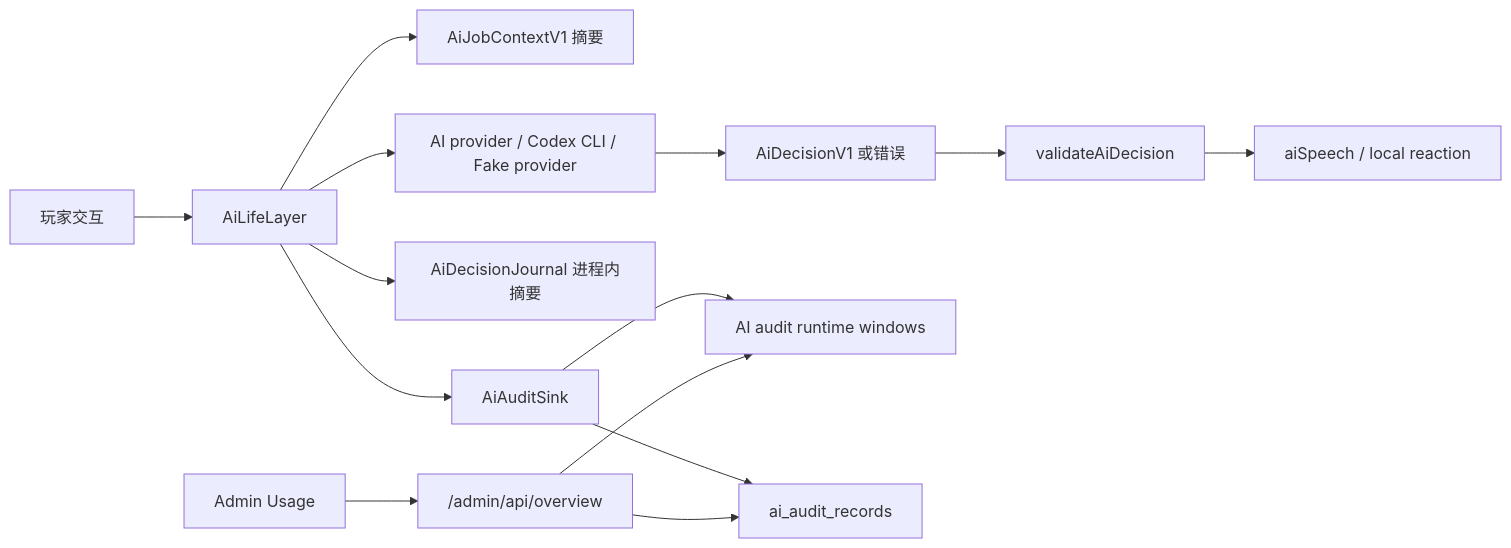
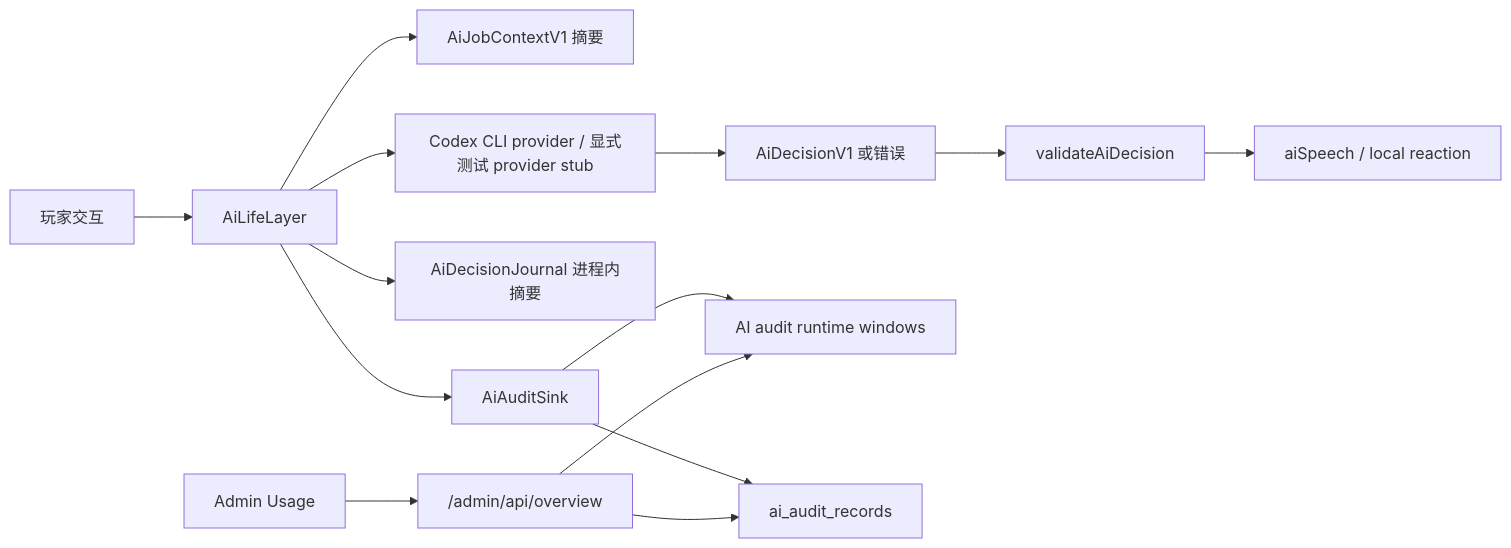
One commit to angelash/world-of-claudecraft changed the diagram in docs/design/ai-audit-center.zh_CN.md. Above: the diagram before and after it, drawn with Mermaid. The commit also changed other lines of this file and 71 other files, not shown here.

First line of the commit message:
fix(ai): require real Codex CLI decisions

````diff
--- a/docs/design/ai-audit-center.zh_CN.md
+++ b/docs/design/ai-audit-center.zh_CN.md
@@ -40,16 +40,16 @@
 ```mermaid
 flowchart LR
   PlayerAction["玩家交互"] --> LifeLayer["AiLifeLayer"]
   LifeLayer --> Context["AiJobContextV1 摘要"]
-  LifeLayer --> Provider["AI provider / Codex CLI / Fake provider"]
+  LifeLayer --> Provider["Codex CLI provider / 显式测试 provider stub"]
   Provider --> Decision["AiDecisionV1 或错误"]
   Decision --> Validator["validateAiDecision"]
   Validator --> Events["aiSpeech / local reaction"]
   LifeLayer --> Journal["AiDecisionJournal 进程内摘要"]
   LifeLayer --> Audit["AiAuditSink"]
   Audit --> Runtime["AI audit runtime windows"]
   Audit --> Pg["ai_audit_records"]
   Admin["Admin Usage"] --> Overview["/admin/api/overview"]
   Overview --> Runtime
   Overview --> Pg
 ```
````
